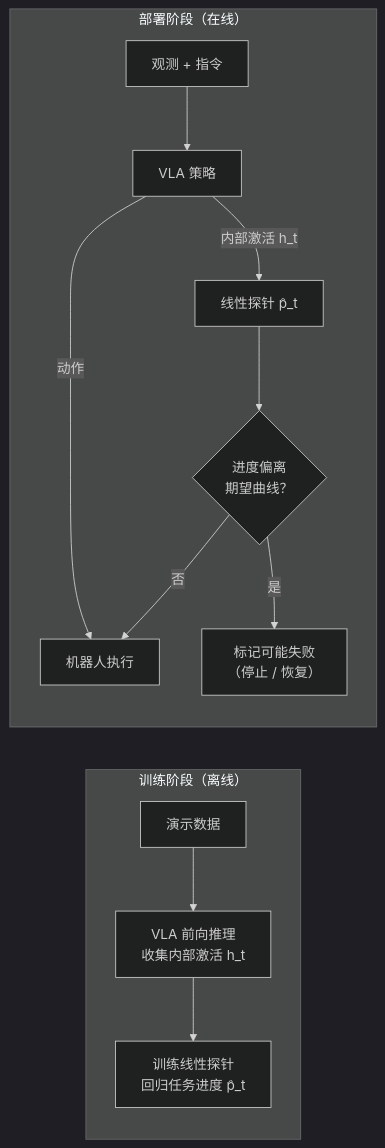
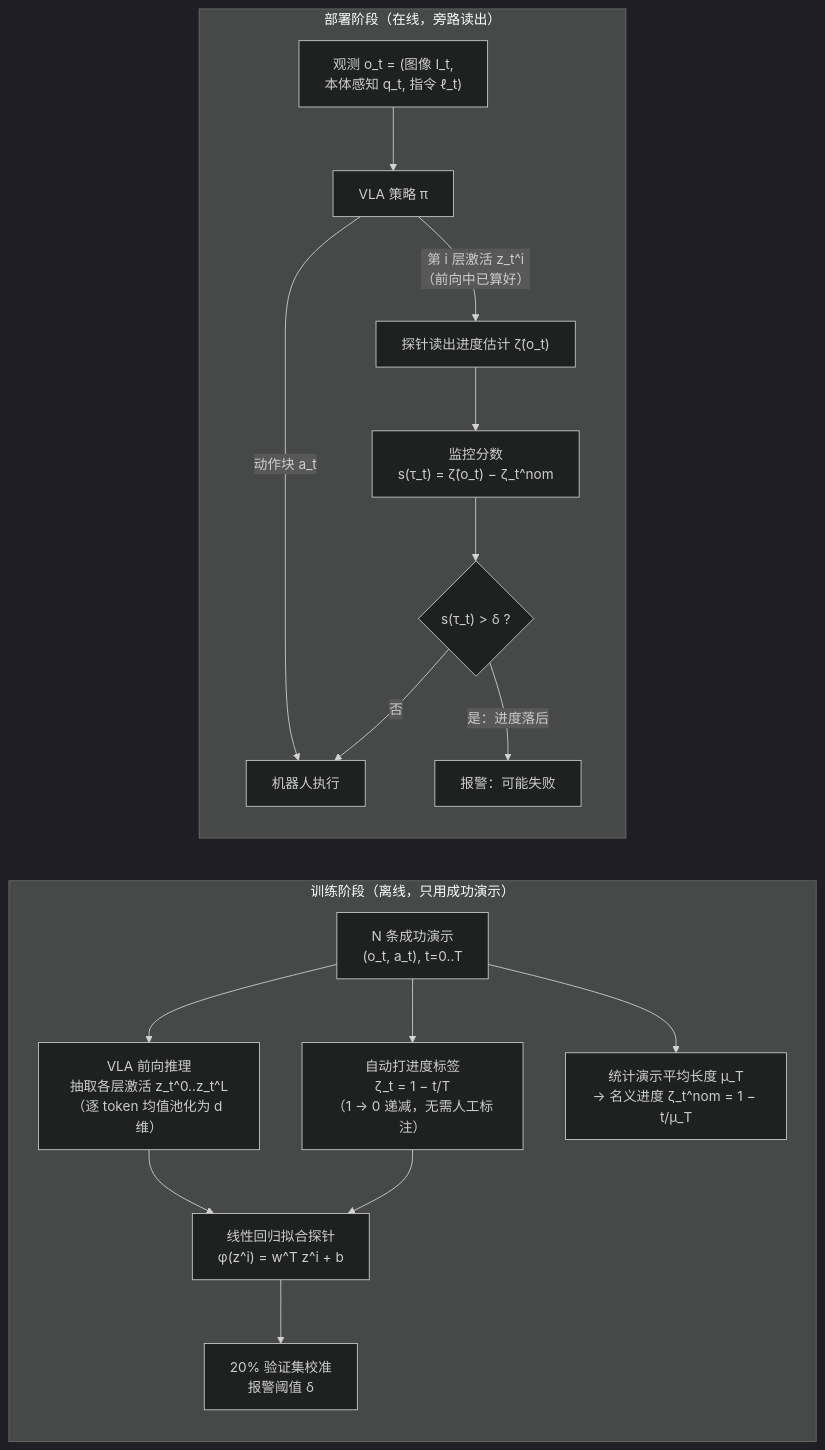
Before and after one commit to JiangShangJiu/jiangshangjiu.github.io: the diagram in src/content/research/deepdive/progress-probes-vla-runtime-monitoring.md, drawn with Mermaid (dark theme). The commit also changed other lines of this file, not shown here.

````diff
--- a/src/content/research/deepdive/progress-probes-vla-runtime-monitoring.md
+++ b/src/content/research/deepdive/progress-probes-vla-runtime-monitoring.md
@@ -80,15 +86,20 @@
 ```mermaid
 flowchart LR
-  subgraph train["训练阶段（离线）"]
-    D["演示数据"] --> A["VLA 前向推理<br/>收集内部激活 h_t"]
-    A --> P["训练线性探针<br/>回归任务进度 p̂_t"]
+  subgraph train["训练阶段（离线，只用成功演示）"]
+    D["N 条成功演示<br/>(o_t, a_t), t=0..T"] --> FW["VLA 前向推理<br/>抽取各层激活 z_t^0..z_t^L<br/>（逐 token 均值池化为 d 维）"]
+    D --> LB["自动打进度标签<br/>ζ_t = 1 − t/T<br/>（1 → 0 递减，无需人工标注）"]
+    FW --> REG["线性回归拟合探针<br/>φ(z^i) = w^T z^i + b"]
+    LB --> REG
+    D --> MU["统计演示平均长度 μ_T<br/>→ 名义进度 ζ_t^nom = 1 − t/μ_T"]
+    REG --> CAL["20% 验证集校准<br/>报警阈值 δ"]
   end
-  subgraph deploy["部署阶段（在线）"]
-    O["观测 + 指令"] --> V["VLA 策略"]
-    V -->|动作| R["机器人执行"]
-    V -->|内部激活 h_t| PR["线性探针 p̂_t"]
-    PR --> C{"进度偏离<br/>期望曲线？"}
-    C -->|是| F["标记可能失败<br/>（停止 / 恢复）"]
-    C -->|否| R
+  subgraph deploy["部署阶段（在线，旁路读出）"]
+    O["观测 o_t = (图像 I_t,<br/>本体感知 q_t, 指令 ℓ_t)"] --> V["VLA 策略 π"]
+    V -->|"动作块 a_t"| R["机器人执行"]
+    V -->|"第 i 层激活 z_t^i<br/>（前向中已算好）"| PR["探针读出进度估计 ζ̂(o_t)"]
+    PR --> S["监控分数<br/>s(τ_t) = ζ̂(o_t) − ζ_t^nom"]
+    S --> C{"s(τ_t) > δ ?"}
+    C -->|"是：进度落后"| F["报警：可能失败"]
+    C -->|"否"| R
   end
 ```
````
